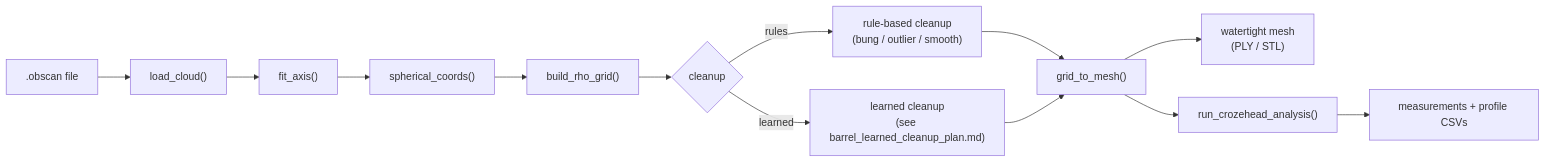
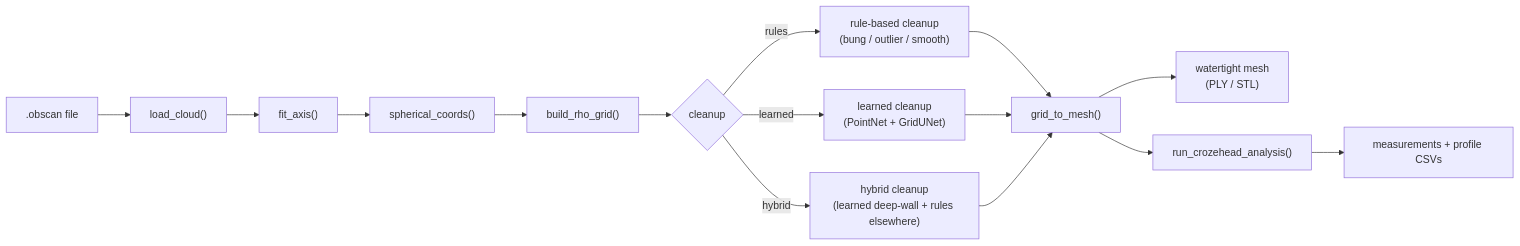
Before and after one commit to abhinabch/Dual-Axis-Pass-Through-Barrel-Scanner: the first of 2 diagrams in README.md, drawn with Mermaid. The commit also changed other lines of this file and 3 other files, not shown here.

````diff
--- a/README.md
+++ b/README.md
@@ -14,15 +20,17 @@
 ```mermaid
 flowchart LR
     A[".obscan file"] --> B["load_cloud()"]
     B --> C["fit_axis()"]
     C --> D["spherical_coords()"]
     D --> E["build_rho_grid()"]
     E --> F{"cleanup"}
     F -->|rules| G["rule-based cleanup\n(bung / outlier / smooth)"]
-    F -->|learned| H["learned cleanup\n(see barrel_learned_cleanup_plan.md)"]
+    F -->|learned| H["learned cleanup\n(PointNet + GridUNet)"]
+    F -->|hybrid| M["hybrid cleanup\n(learned deep-wall + rules elsewhere)"]
     G --> I["grid_to_mesh()"]
     H --> I
+    M --> I
     I --> J["watertight mesh\n(PLY / STL)"]
     I --> K["run_crozehead_analysis()"]
     K --> L["measurements + profile CSVs"]
 ```
````
